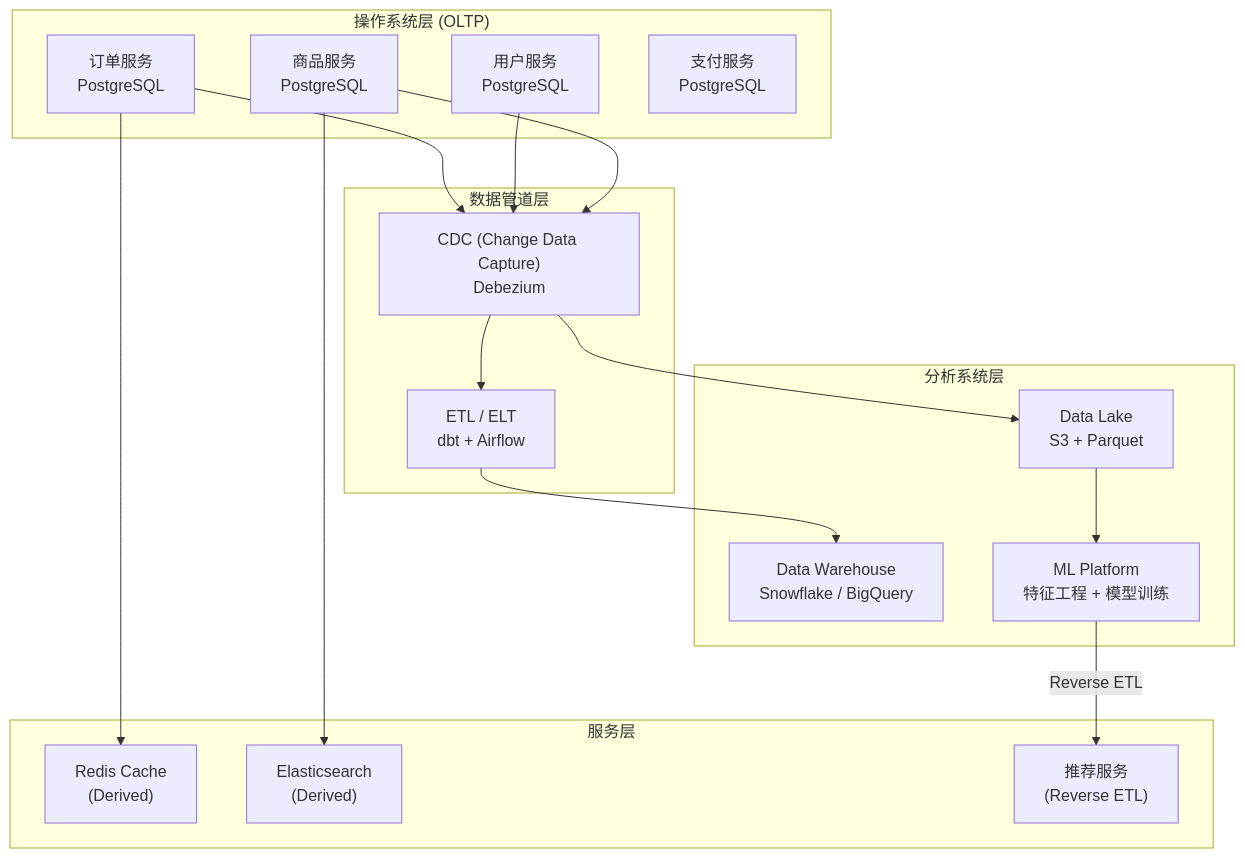
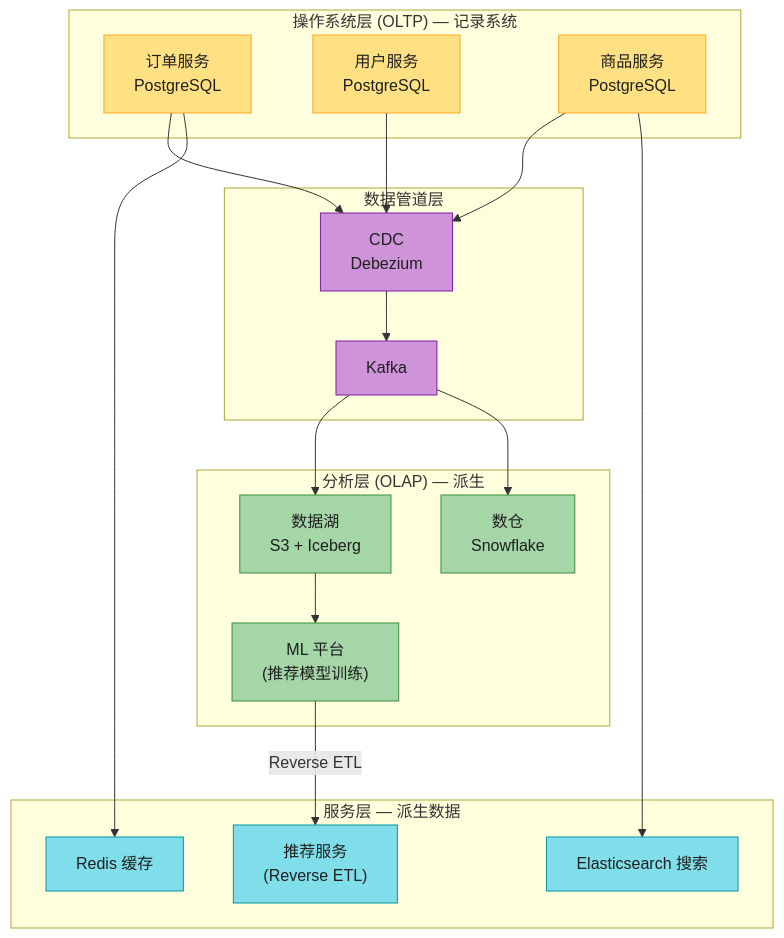
Diagram 13 of 14 in ch01-数据系统架构的权衡取舍.md (socoo123/ddia_2nd), drawn with Mermaid before and after one commit. The commit also changed other lines of this file and 8 other files, not shown here.

First line of the commit message:
重写 ch01-ch09 读书笔记：风格统一 + 内容扩充 + 大量图表

````diff
--- a/ch01-数据系统架构的权衡取舍.md
+++ b/ch01-数据系统架构的权衡取舍.md
@@ -584,35 +649,47 @@
 ```mermaid
-graph TB
-    subgraph OLTP["操作系统层 (OLTP)"]
+flowchart TB
+    subgraph OLTP["操作系统层 (OLTP) — 记录系统"]
         OrderSvc["订单服务<br/>PostgreSQL"]
         UserSvc["用户服务<br/>PostgreSQL"]
-        ProductSvc["商品服务<br/>PostgreSQL"]
-        PaySvc["支付服务<br/>PostgreSQL"]
+        ProdSvc["商品服务<br/>PostgreSQL"]
     end
 
-    subgraph Pipeline["数据管道层"]
-        CDC["CDC (Change Data Capture)<br/>Debezium"]
-        ETL["ETL / ELT<br/>dbt + Airflow"]
+    subgraph PIPE["数据管道层"]
+        CDC["CDC<br/>Debezium"]
+        BUS["Kafka"]
     end
 
-    subgraph Analytics["分析系统层"]
-        DW["Data Warehouse<br/>Snowflake / BigQuery"]
-        DL["Data Lake<br/>S3 + Parquet"]
-        ML["ML Platform<br/>特征工程 + 模型训练"]
+    subgraph ANA["分析层 (OLAP) — 派生"]
+        DL["数据湖<br/>S3 + Iceberg"]
+        DW["数仓<br/>Snowflake"]
+        ML["ML 平台<br/>(推荐模型训练)"]
     end
 
-    subgraph Serving["服务层"]
-        CACHE["Redis Cache<br/>(Derived)"]
-        SEARCH["Elasticsearch<br/>(Derived)"]
+    subgraph DERV["服务层 — 派生数据"]
+        CACHE["Redis 缓存"]
+        SEARCH["Elasticsearch 搜索"]
         REC["推荐服务<br/>(Reverse ETL)"]
     end
 
     OrderSvc --> CDC
     UserSvc --> CDC
-    ProductSvc --> CDC
-    CDC --> ETL --> DW
-    CDC --> DL --> ML
+    ProdSvc --> CDC
+    CDC --> BUS
+    BUS --> DL --> ML
+    BUS --> DW
     ML -->|"Reverse ETL"| REC
     OrderSvc --> CACHE
-    ProductSvc --> SEARCH
+    ProdSvc --> SEARCH
+
+    style OrderSvc fill:#FFE082,stroke:#F9A825,color:#1f1f1f
+    style UserSvc fill:#FFE082,stroke:#F9A825,color:#1f1f1f
+    style ProdSvc fill:#FFE082,stroke:#F9A825,color:#1f1f1f
+    style CDC fill:#CE93D8,stroke:#7B1FA2,color:#1f1f1f
+    style BUS fill:#CE93D8,stroke:#7B1FA2,color:#1f1f1f
+    style DL fill:#A5D6A7,stroke:#388E3C,color:#1f1f1f
+    style DW fill:#A5D6A7,stroke:#388E3C,color:#1f1f1f
+    style ML fill:#A5D6A7,stroke:#388E3C,color:#1f1f1f
+    style CACHE fill:#80DEEA,stroke:#0097A7,color:#1f1f1f
+    style SEARCH fill:#80DEEA,stroke:#0097A7,color:#1f1f1f
+    style REC fill:#80DEEA,stroke:#0097A7,color:#1f1f1f
 ```
````
